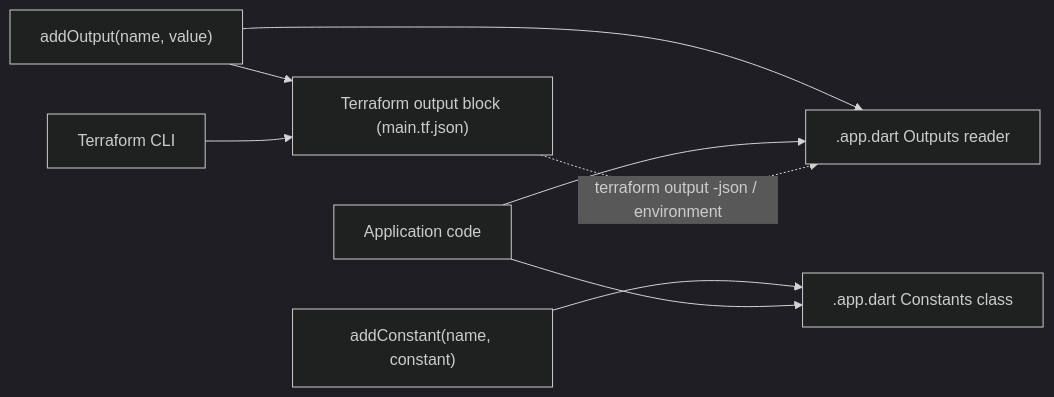
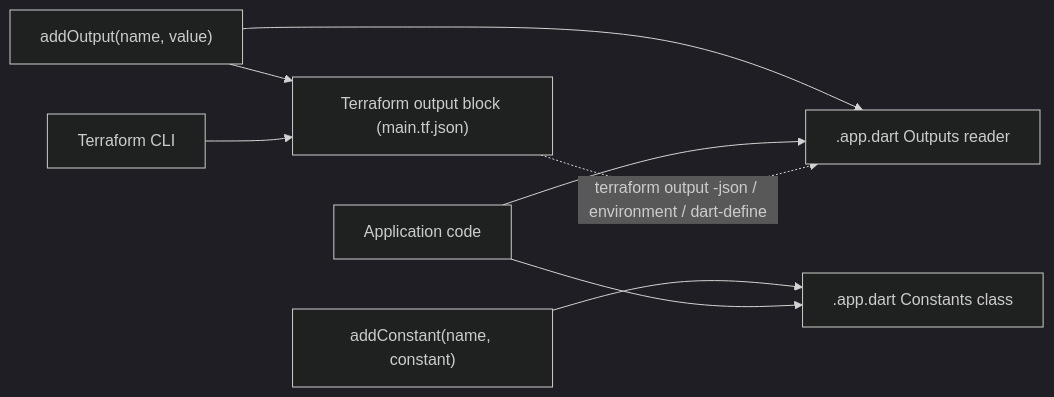
The third of 3 diagrams in website/src/content/docs/docs/architecture.mdx (nozomi-koborinai/terradart), drawn with Mermaid (dark theme) before and after one commit. The commit also changed other lines of this file and 45 other files, not shown here.

````diff
--- a/website/src/content/docs/docs/architecture.mdx
+++ b/website/src/content/docs/docs/architecture.mdx
@@ -140,10 +140,10 @@
 ```mermaid
 graph LR
   AO["addOutput(name, value)"] --> TFO["Terraform output block (main.tf.json)"]
   AO --> RD[".app.dart Outputs reader"]
   AC["addConstant(name, constant)"] --> DC[".app.dart Constants class"]
   ST[Application code] --> DC
   ST --> RD
   TF[Terraform CLI] --> TFO
-  TFO -.terraform output -json / environment.-> RD
+  TFO -.terraform output -json / environment / dart-define.-> RD
 ```
````
